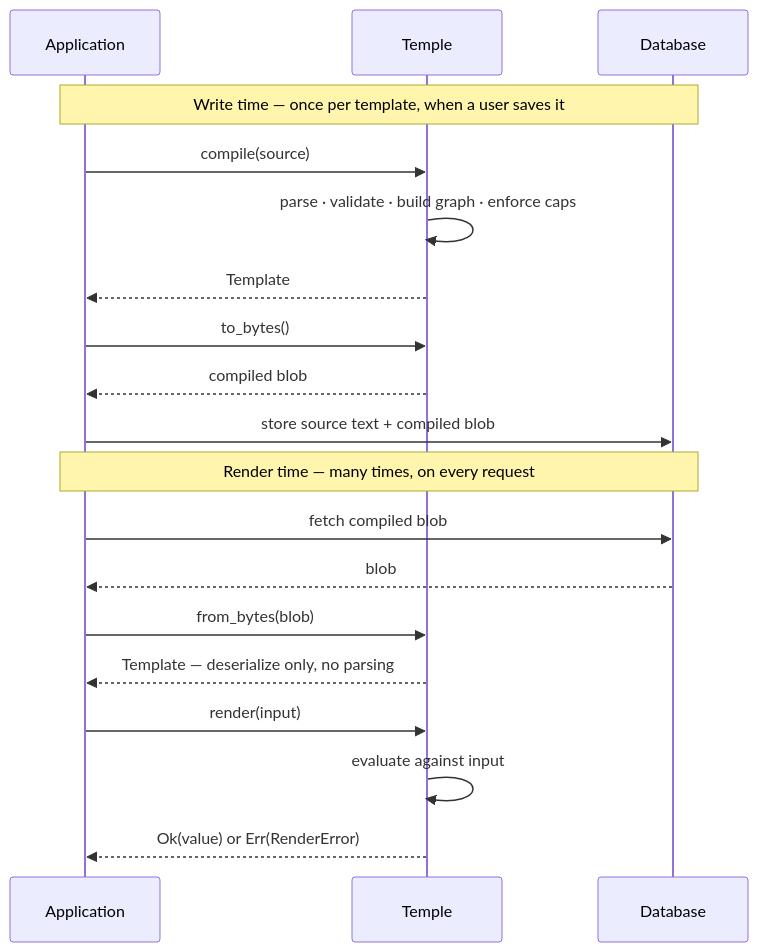
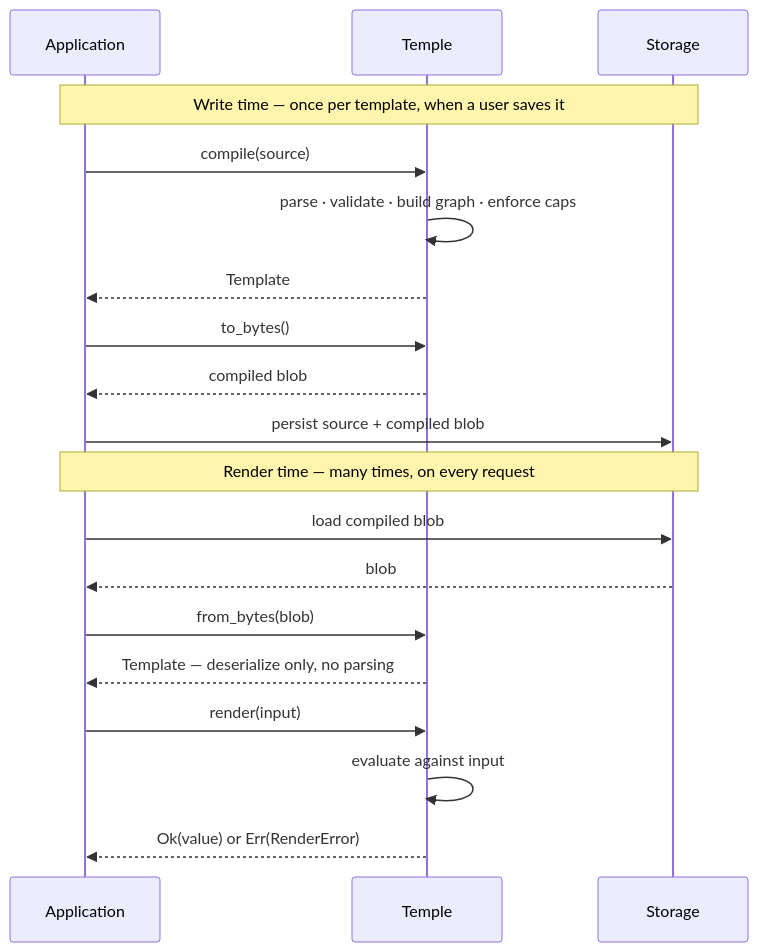
Before and after one commit to sinha-sahil/temple-dsl: the first of 2 diagrams in DESIGN.md, drawn with Mermaid. The commit also changed other lines of this file and 24 other files, not shown here.

````diff
--- a/DESIGN.md
+++ b/DESIGN.md
@@ -42,23 +42,23 @@
 ```mermaid
 sequenceDiagram
     participant App as Application
     participant Temple
-    participant DB as Database
+    participant Store as Storage
 
-    Note over App,DB: Write time — once per template, when a user saves it
+    Note over App,Store: Write time — once per template, when a user saves it
     App->>Temple: compile(source)
     Temple->>Temple: parse · validate · build graph · enforce caps
     Temple-->>App: Template
     App->>Temple: to_bytes()
     Temple-->>App: compiled blob
-    App->>DB: store source text + compiled blob
+    App->>Store: persist source + compiled blob
 
-    Note over App,DB: Render time — many times, on every request
-    App->>DB: fetch compiled blob
-    DB-->>App: blob
+    Note over App,Store: Render time — many times, on every request
+    App->>Store: load compiled blob
+    Store-->>App: blob
     App->>Temple: from_bytes(blob)
     Temple-->>App: Template — deserialize only, no parsing
     App->>Temple: render(input)
     Temple->>Temple: evaluate against input
     Temple-->>App: Ok(value) or Err(RenderError)
 ```
````
